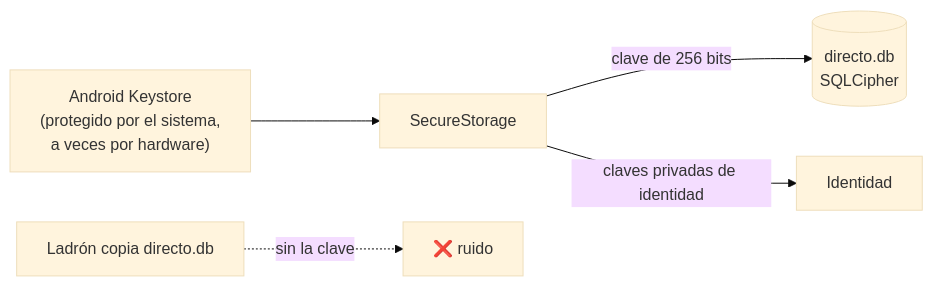
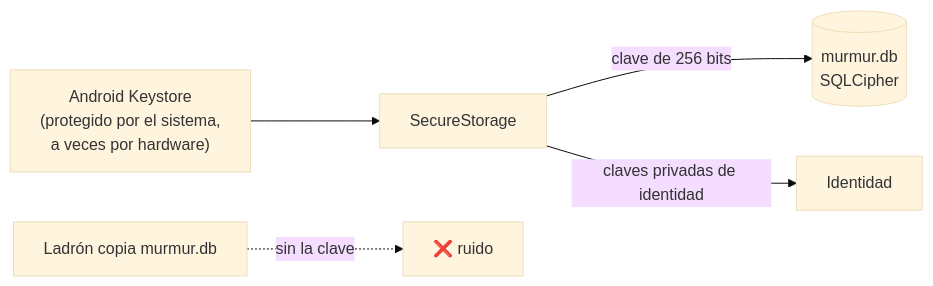
The diagram in website/concepts/encrypted-storage.md (fsoftt/Murmur), drawn with Mermaid (base theme) before and after one commit. The commit also changed other lines of this file and 379 other files, not shown here.

````diff
--- a/website/concepts/encrypted-storage.md
+++ b/website/concepts/encrypted-storage.md
@@ -11,7 +11,7 @@
 ```mermaid
 flowchart LR
     KS["Android Keystore<br/>(protegido por el sistema,<br/>a veces por hardware)"] --> SS[SecureStorage]
-    SS -- "clave de 256 bits" --> DB[(directo.db<br/>SQLCipher)]
+    SS -- "clave de 256 bits" --> DB[(murmur.db<br/>SQLCipher)]
     SS -- "claves privadas de identidad" --> ID[Identidad]
-    FILE[Ladrón copia directo.db] -. sin la clave .-> X[❌ ruido]
+    FILE[Ladrón copia murmur.db] -. sin la clave .-> X[❌ ruido]
 ```
````
